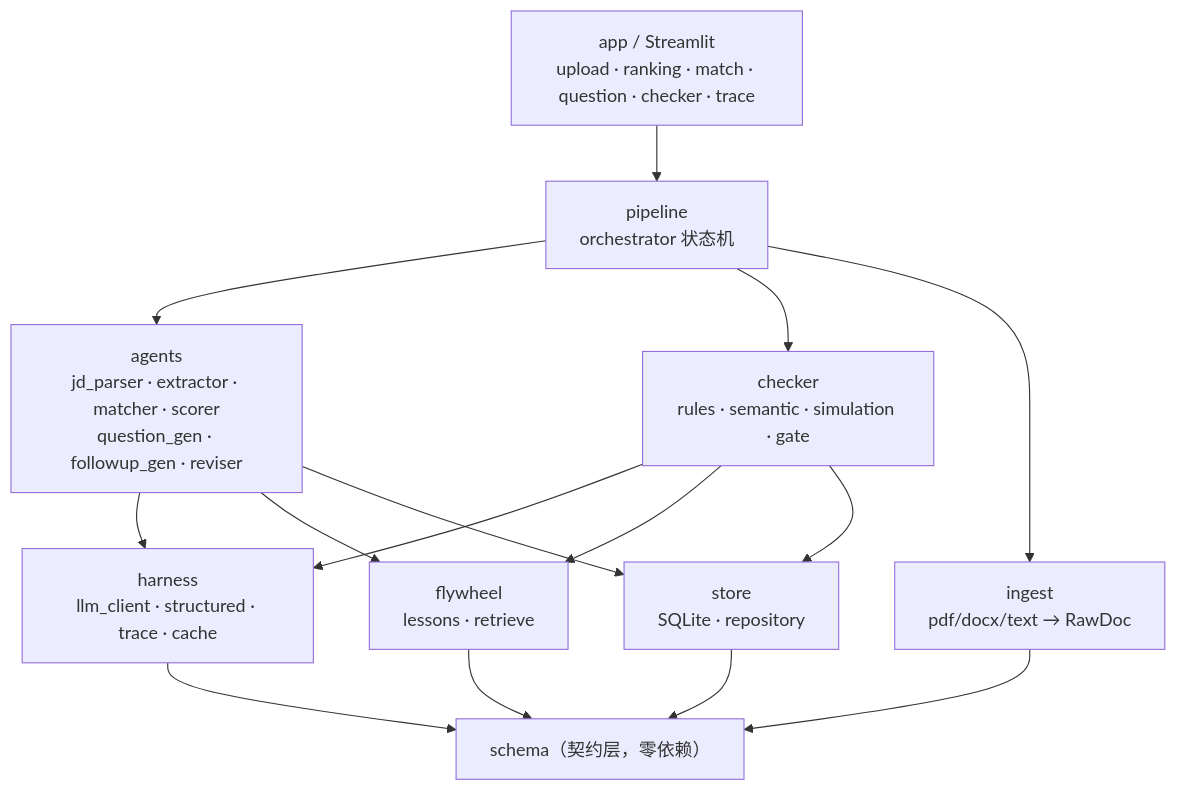
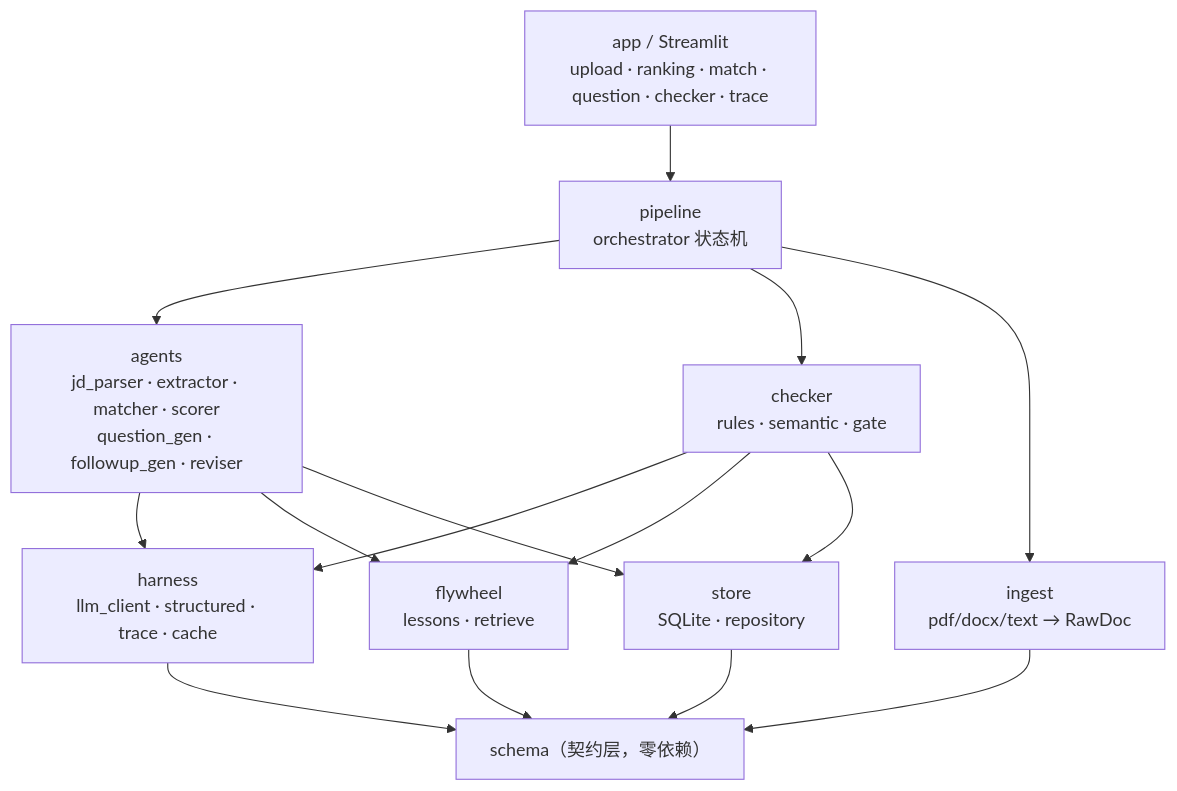
Before and after one commit to 1367877593-ops/resume-screening-agent: the first of 2 diagrams in ARCHITECTURE.md, drawn with Mermaid. The commit also changed other lines of this file and 51 other files, not shown here.

````diff
--- a/ARCHITECTURE.md
+++ b/ARCHITECTURE.md
@@ -173,27 +163,27 @@
 ```mermaid
 graph TD
     APP["app / Streamlit<br/>upload · ranking · match · question · checker · trace"]
     PIPE["pipeline<br/>orchestrator 状态机"]
     AG["agents<br/>jd_parser · extractor · matcher · scorer<br/>question_gen · followup_gen · reviser"]
-    CK["checker<br/>rules · semantic · simulation · gate"]
+    CK["checker<br/>rules · semantic · gate"]
     HN["harness<br/>llm_client · structured · trace · cache"]
     ST["store<br/>SQLite · repository"]
     IN["ingest<br/>pdf/docx/text → RawDoc"]
     FW["flywheel<br/>lessons · retrieve"]
     SC["schema（契约层，零依赖）"]
 
     APP --> PIPE
     PIPE --> AG
     PIPE --> CK
     AG --> HN
     CK --> HN
     AG --> FW
     CK --> FW
     AG --> ST
     CK --> ST
     HN --> SC
     ST --> SC
     IN --> SC
     FW --> SC
     PIPE --> IN
 ```
````
